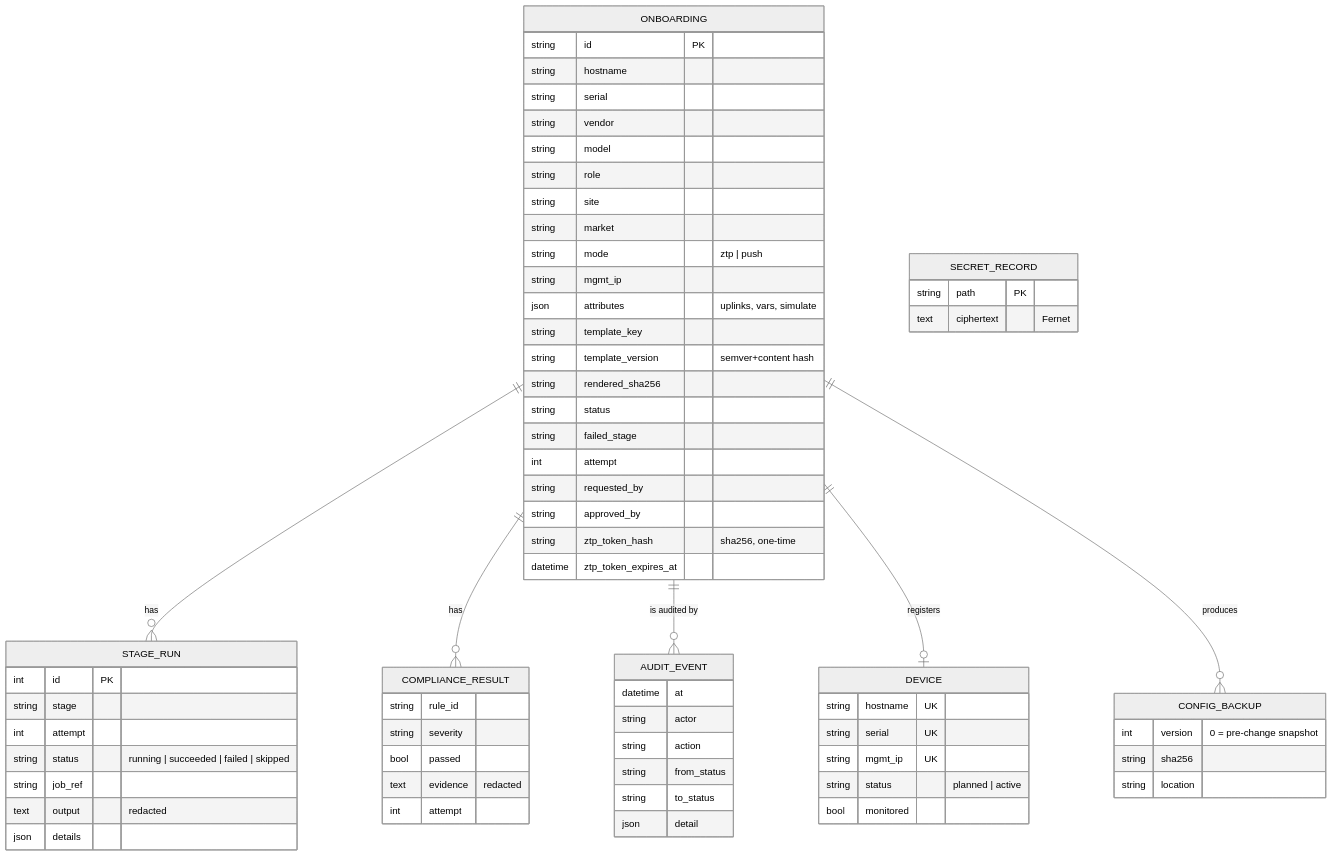
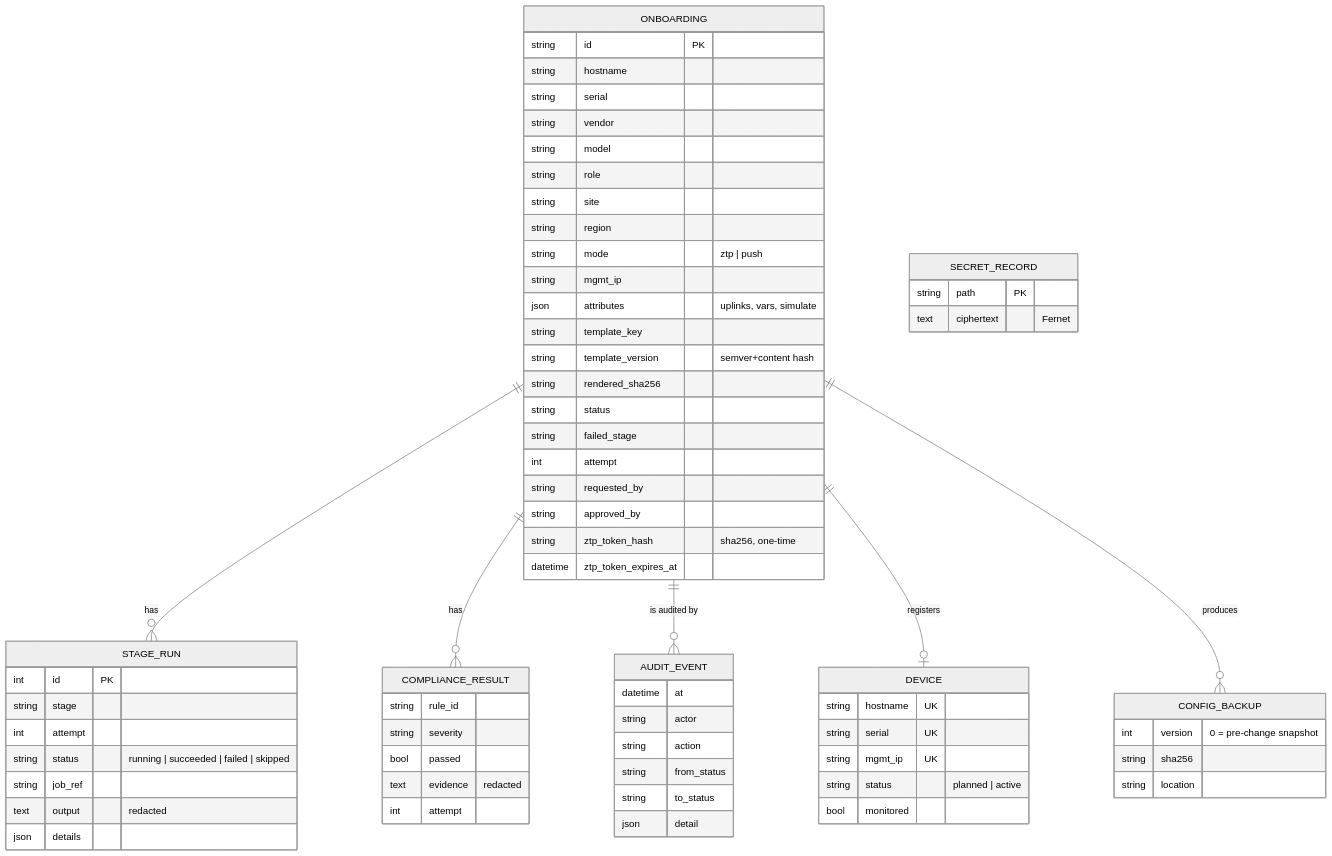
One commit to youhana-sobhy/Hatch changed the second of 4 diagrams in docs/architecture.md. Above: the diagram before and after it, drawn with Mermaid (neutral theme). The commit also changed 167 other files, not shown here.

````diff
--- a/docs/architecture.md
+++ b/docs/architecture.md
@@ -58,72 +58,72 @@
 ```mermaid
 erDiagram
     ONBOARDING ||--o{ STAGE_RUN : has
     ONBOARDING ||--o{ COMPLIANCE_RESULT : has
     ONBOARDING ||--o{ AUDIT_EVENT : "is audited by"
     ONBOARDING ||--o| DEVICE : registers
     ONBOARDING ||--o{ CONFIG_BACKUP : produces
 
     ONBOARDING {
         string id PK
         string hostname
         string serial
         string vendor
         string model
         string role
         string site
-        string market
+        string region
         string mode "ztp | push"
         string mgmt_ip
         json attributes "uplinks, vars, simulate"
         string template_key
         string template_version "semver+content hash"
         string rendered_sha256
         string status
         string failed_stage
         int attempt
         string requested_by
         string approved_by
         string ztp_token_hash "sha256, one-time"
         datetime ztp_token_expires_at
     }
     STAGE_RUN {
         int id PK
         string stage
         int attempt
         string status "running | succeeded | failed | skipped"
         string job_ref
         text output "redacted"
         json details
     }
     COMPLIANCE_RESULT {
         string rule_id
         string severity
         bool passed
         text evidence "redacted"
         int attempt
     }
     AUDIT_EVENT {
         datetime at
         string actor
         string action
         string from_status
         string to_status
         json detail
     }
     DEVICE {
         string hostname UK
         string serial UK
         string mgmt_ip UK
         string status "planned | active"
         bool monitored
     }
     SECRET_RECORD {
         string path PK
         text ciphertext "Fernet"
     }
     CONFIG_BACKUP {
         int version "0 = pre-change snapshot"
         string sha256
         string location
     }
 ```
````
